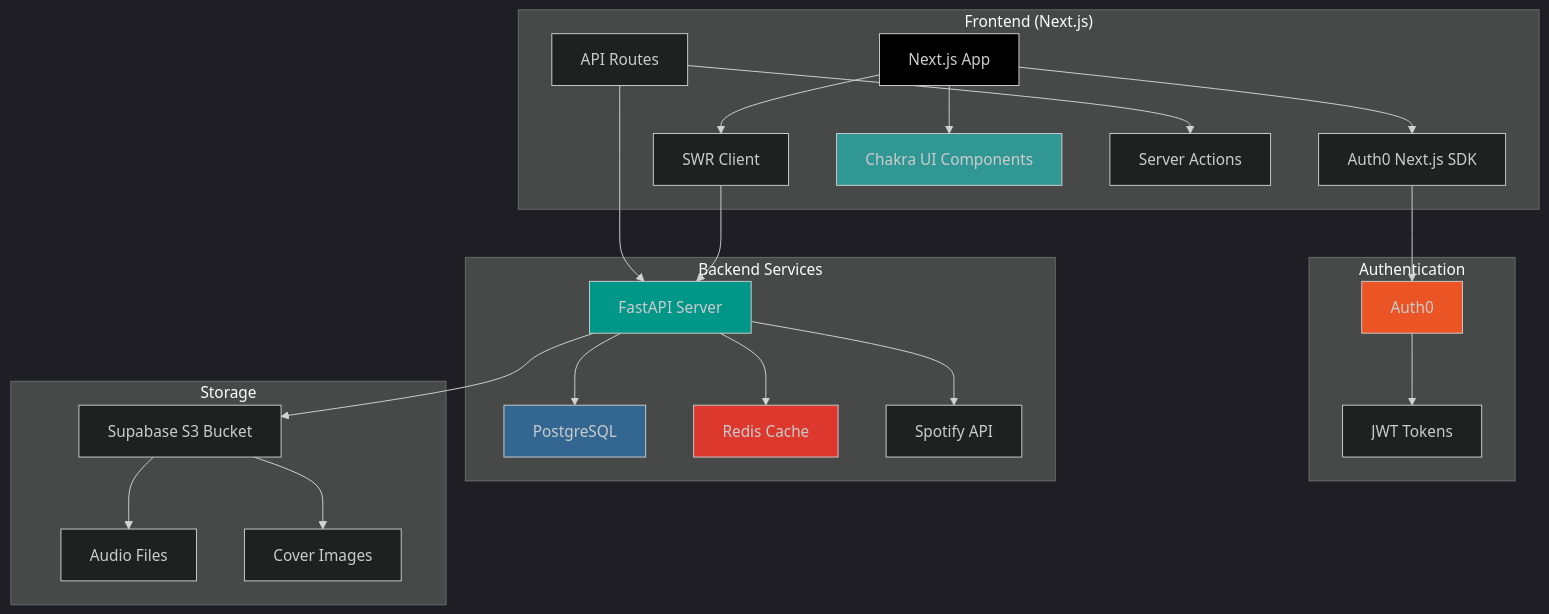
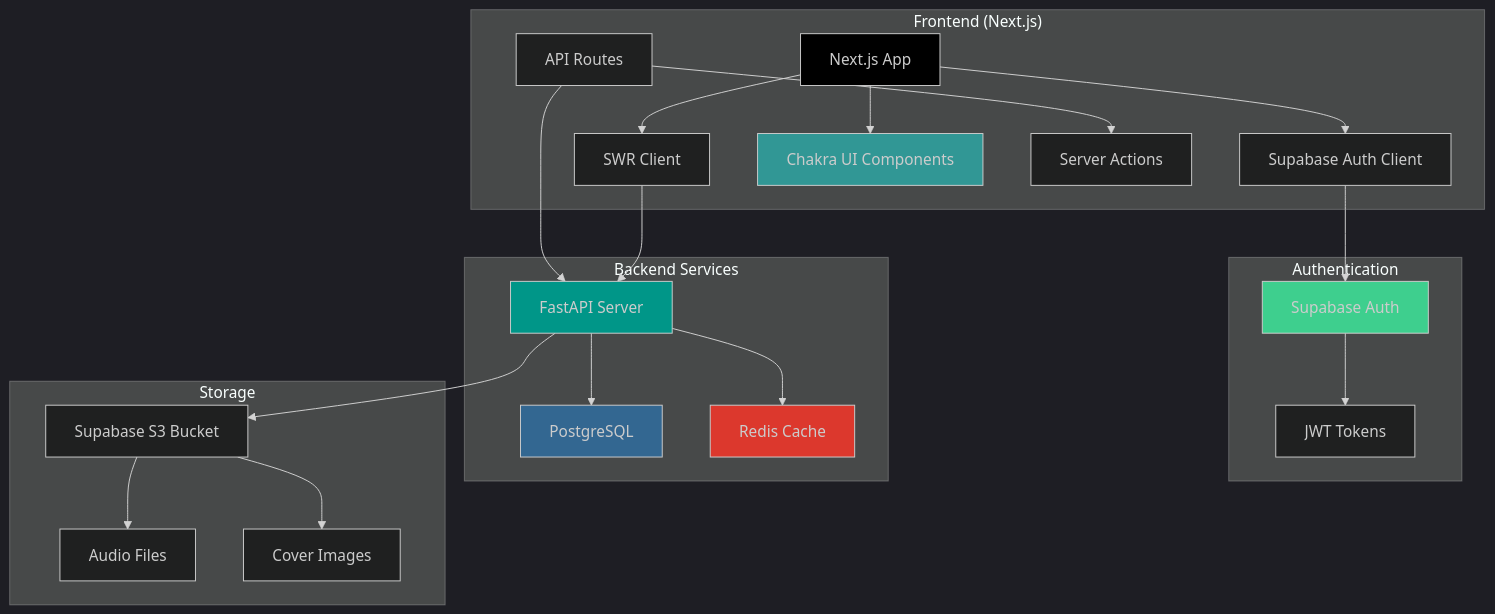
The first of 4 diagrams in backend/tests/docs/architecture.md (ars1mm/spotify-project), drawn with Mermaid before and after one commit. The commit also changed other lines of this file and 1 other file, not shown here.

Commit message:
Update README and architecture documentation to reflect Supabase Auth integration and remove Auth0 references

````diff
--- a/backend/tests/docs/architecture.md
+++ b/backend/tests/docs/architecture.md
@@ -5,37 +5,36 @@
 ```mermaid
 %%{init: { 'theme': 'dark', 'themeVariables': { 'background': '#000000' } } }%%
 graph TB
     subgraph "Frontend (Next.js)"
-        A[Next.js App] --> B[Auth0 Next.js SDK]
+        A[Next.js App] --> B[Supabase Auth Client]
         A --> C[SWR Client]
         A --> D[Chakra UI Components]
         E[API Routes] --> F[Server Actions]
     end
 
     subgraph "Authentication"
-        G[Auth0] --> H[JWT Tokens]
+        G[Supabase Auth] --> H[JWT Tokens]
     end
 
     subgraph "Backend Services"
         I[FastAPI Server] --> J[PostgreSQL]
         I --> K[Redis Cache]
-        I --> L[Spotify API]
     end
 
     subgraph "Storage"
         M[Supabase S3 Bucket] --> N[Audio Files]
         M --> O[Cover Images]
     end
 
     B --> G
     C --> I
     E --> I
     I --> M
 
     style A fill:#000000
     style I fill:#009688
-    style G fill:#eb5424
+    style G fill:#3ECF8E
     style J fill:#336791
     style K fill:#dc382d
     style D fill:#319795
 ```
````
